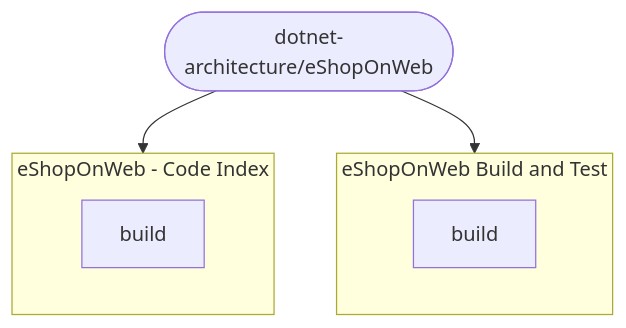
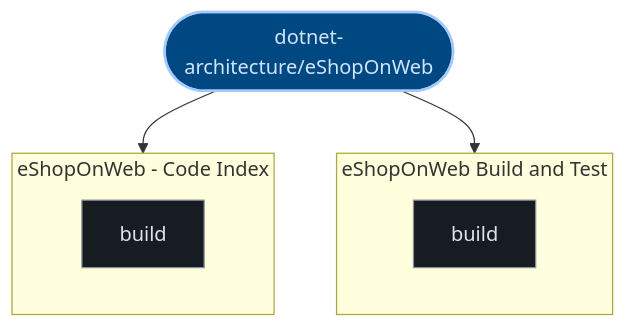
Before and after one commit to kumarshaz/atruss-code-atlas: the third of 3 diagrams in exports/latest/reports/dotnet-architecture-eShopOnWeb-report.md, drawn with Mermaid. The commit also changed other lines of this file and 331 other files, not shown here.

Commit message:
docs,ui,fix: update SDLC docs, reorder CI/CD DAG first, stylize Mermaid, and fix Arc42 pipeline topology

````diff
--- a/exports/latest/reports/dotnet-architecture-eShopOnWeb-report.md
+++ b/exports/latest/reports/dotnet-architecture-eShopOnWeb-report.md
@@ -212,14 +223,21 @@
 ```mermaid
 graph TD;
-  pipeline_root(["dotnet-architecture/eShopOnWeb"])
+  classDef atlasRoot fill:#004882,stroke:#a3c9ff,stroke-width:2px,color:#d3e4ff
+  classDef atlasCategory fill:#212428,stroke:#E87A48,stroke-width:1.5px,color:#dfe3eb
+  classDef atlasWorkflow fill:#1b2026,stroke:#a3c9ff,stroke-width:1.5px,color:#dfe3eb
+  classDef atlasJob fill:#171c22,stroke:#8d9199,stroke-width:1px,color:#dfe3eb
+  classDef atlasTarget fill:#005227,stroke:#8bd99b,stroke-width:1.5px,color:#a7f6b6
+  classDef atlasAlert fill:#93000a,stroke:#ffb4ab,stroke-width:1.5px,color:#ffdad6
+  classDef atlasMore fill:#252a31,stroke:#8d9199,stroke-dasharray:4 4,color:#c3c6cf
+  pipeline_root(["dotnet-architecture/eShopOnWeb"]):::atlasRoot
   subgraph eShopOnWeb_Build_and_Test_0["eShopOnWeb Build and Test"]
     direction TB
-    0_build["build"]
+    0_build["build"]:::atlasJob
   end
   pipeline_root --> 0_build
   subgraph eShopOnWeb___Code_Index_1["eShopOnWeb - Code Index"]
     direction TB
-    1_build["build"]
+    1_build["build"]:::atlasJob
   end
   pipeline_root --> 1_build
 ```
````
